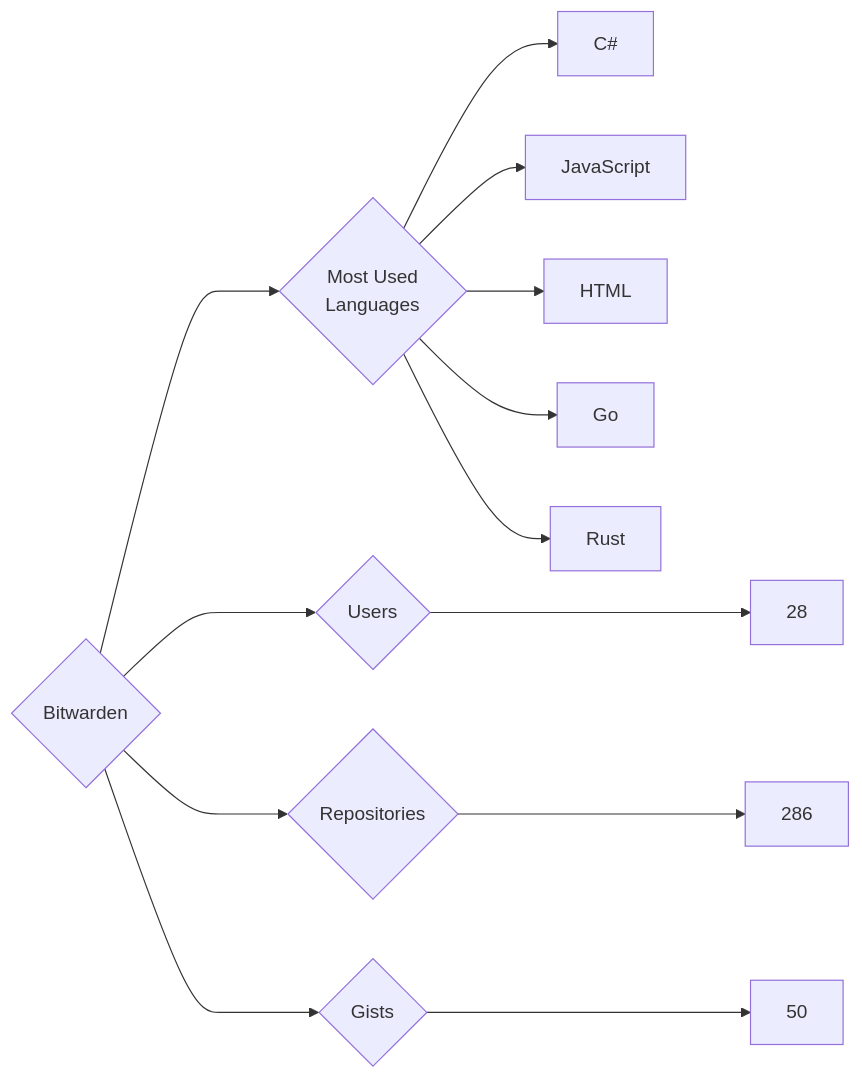
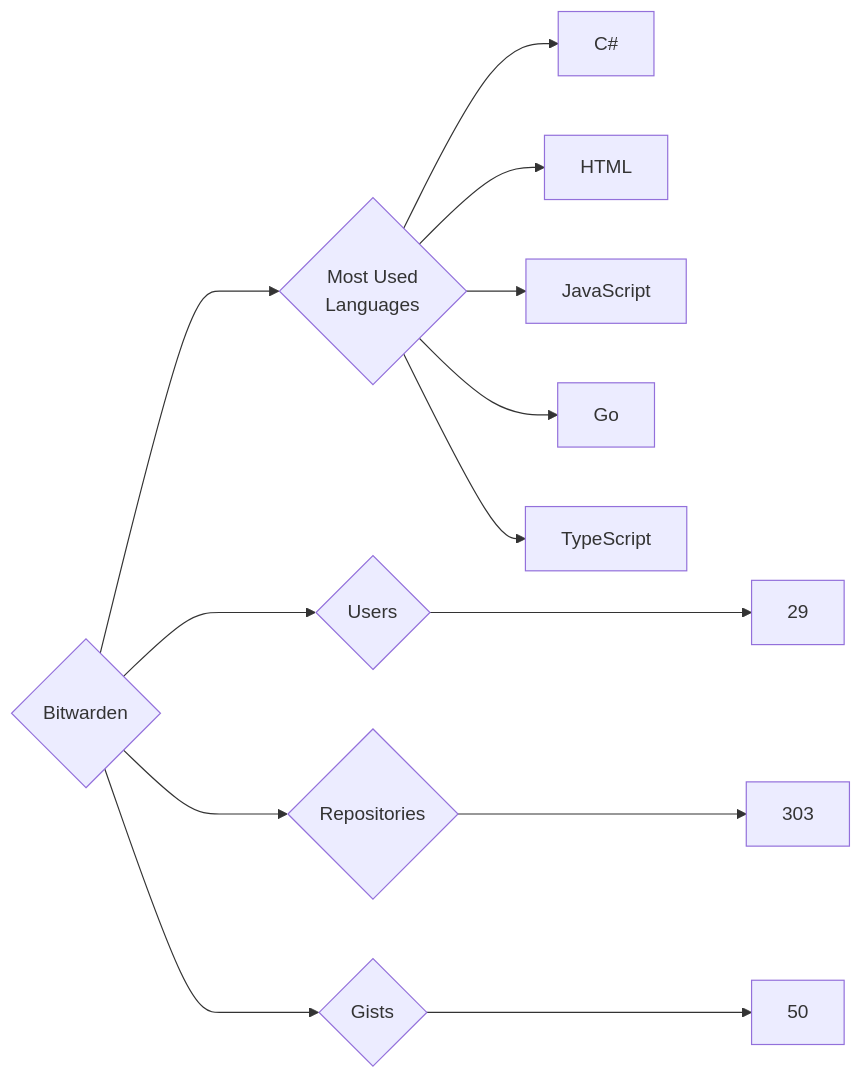
The diagram in targets/Bitwarden/README.md (trickest/insiders), drawn with Mermaid before and after one commit. The commit also changed 757 other files, not shown here.

````diff
--- a/targets/Bitwarden/README.md
+++ b/targets/Bitwarden/README.md
@@ -3,13 +3,13 @@
 ```mermaid
 graph LR
 COMPANY_NAME{Bitwarden}
-COMPANY_NAME ---> U{Users} ---> UN[28]
-COMPANY_NAME ---> R{Repositories} ---> RN[286]
+COMPANY_NAME ---> U{Users} ---> UN[29]
+COMPANY_NAME ---> R{Repositories} ---> RN[303]
 COMPANY_NAME ---> G{Gists} ---> GN[50]
 COMPANY_NAME ---> ML{Most Used<br>Languages}
 ML --> C#[C#]
+ML --> HTML[HTML]
 ML --> JavaScript[JavaScript]
-ML --> HTML[HTML]
 ML --> Go[Go]
-ML --> Rust[Rust]
+ML --> TypeScript[TypeScript]
 ```
````
